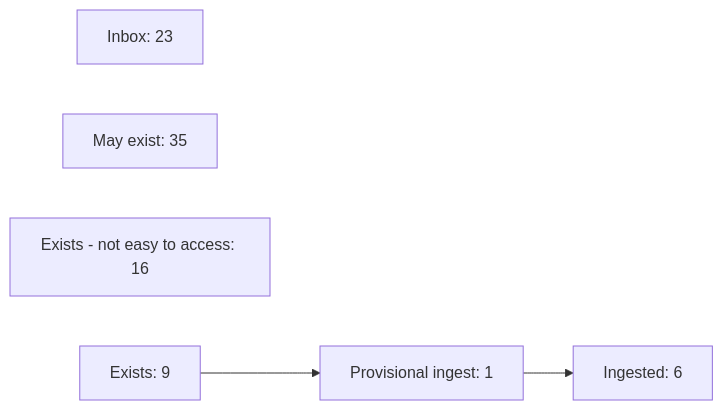
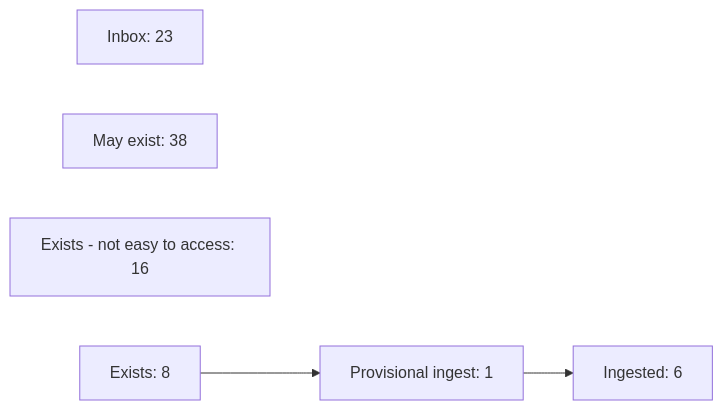
Before and after one commit to OpenPKCommons/OPKC: the diagram in README.md, drawn with Mermaid. The commit also changed 1 other file, not shown here.

Commit message:
downgraded Fraser et al 2004 to DME and added scanned references, updated lit stats

````diff
--- a/README.md
+++ b/README.md
@@ -52,10 +52,10 @@
 ```mermaid
 graph LR
 	inbox[Inbox: 23]
-	mayexist[May exist: 35]
+	mayexist[May exist: 38]
 	denea[Exists - not easy to access: 16]
-	exists[Exists: 9]
+	exists[Exists: 8]
 	provingest[Provisional ingest: 1]
 	ingested[Ingested: 6]
 	exists --> provingest --> ingested
 ```
````
